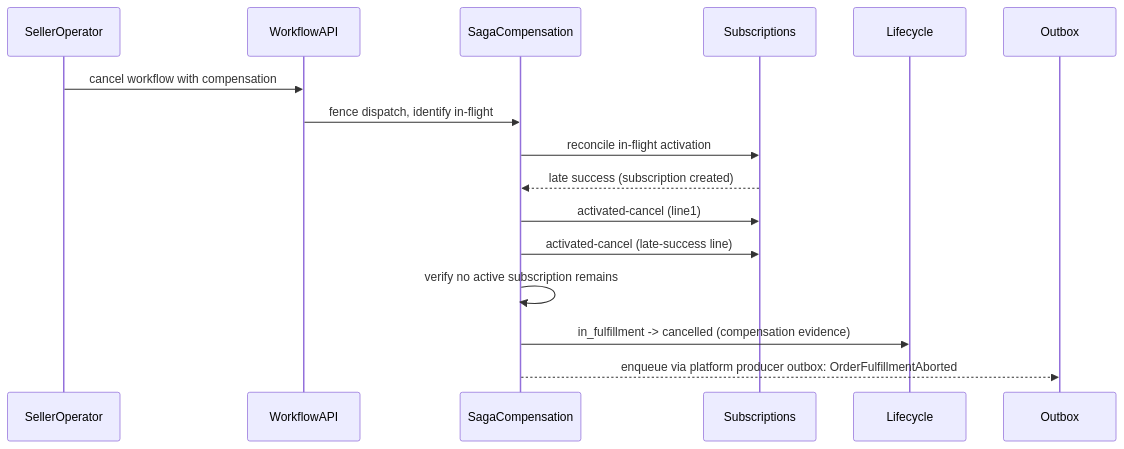
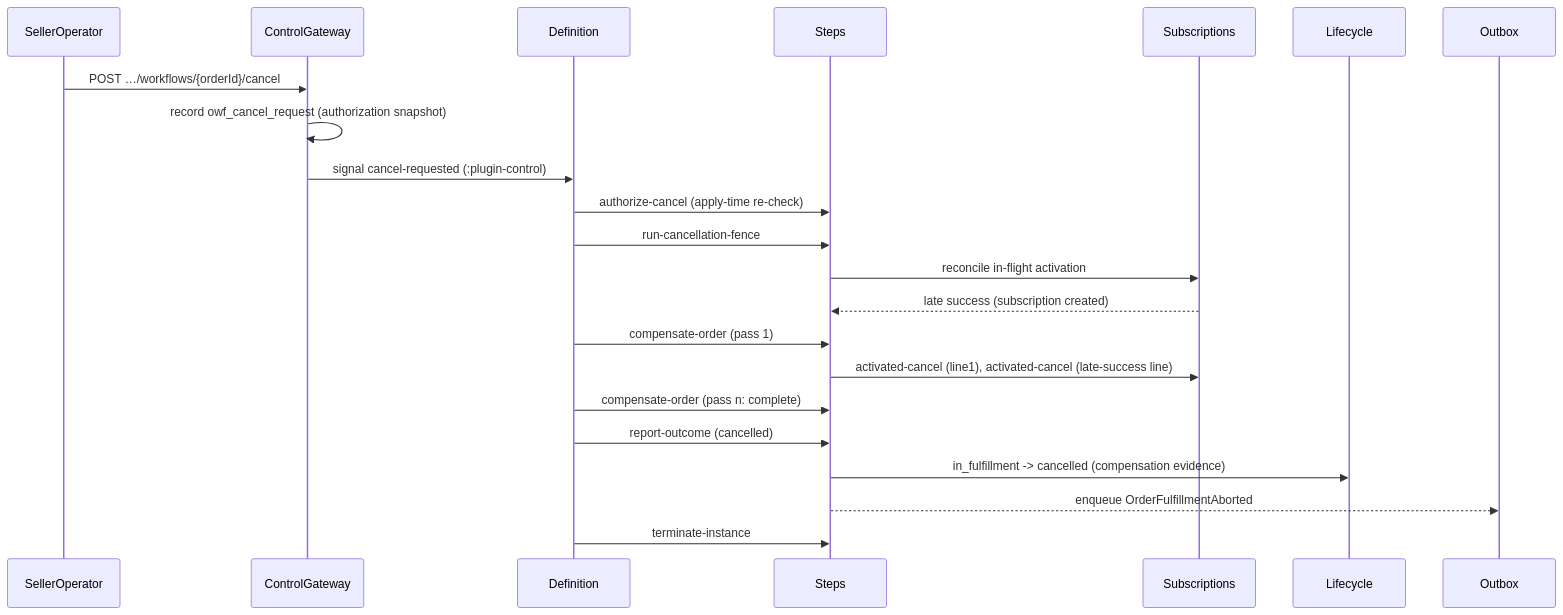
Before and after one commit to constructorfabric/gears-rust: the sixth of 7 diagrams in gears/bss/orders-workflow/docs/DESIGN.md, drawn with Mermaid. The commit also changed other lines of this file and 3 other files, not shown here.

Commit message:
docs(bss/orders-workflow): index, registers and README follow the platform-definition decision (Q-01 answered, D-65…, serverless-runtime asks)

````diff
--- a/gears/bss/orders-workflow/docs/DESIGN.md
+++ b/gears/bss/orders-workflow/docs/DESIGN.md
@@ -730,12 +903,17 @@
 ```mermaid
 sequenceDiagram
-    SellerOperator ->> WorkflowAPI: cancel workflow with compensation
-    WorkflowAPI ->> SagaCompensation: fence dispatch, identify in-flight
-    SagaCompensation ->> Subscriptions: reconcile in-flight activation
-    Subscriptions -->> SagaCompensation: late success (subscription created)
-    SagaCompensation ->> Subscriptions: activated-cancel (line1)
-    SagaCompensation ->> Subscriptions: activated-cancel (late-success line)
-    SagaCompensation ->> SagaCompensation: verify no active subscription remains
-    SagaCompensation ->> Lifecycle: in_fulfillment -> cancelled (compensation evidence)
-    SagaCompensation -->> Outbox: enqueue via platform producer outbox: OrderFulfillmentAborted
+    SellerOperator ->> ControlGateway: POST …/workflows/{orderId}/cancel
+    ControlGateway ->> ControlGateway: record owf_cancel_request (authorization snapshot)
+    ControlGateway ->> Definition: signal cancel-requested (:plugin-control)
+    Definition ->> Steps: authorize-cancel (apply-time re-check)
+    Definition ->> Steps: run-cancellation-fence
+    Steps ->> Subscriptions: reconcile in-flight activation
+    Subscriptions -->> Steps: late success (subscription created)
+    Definition ->> Steps: compensate-order (pass 1)
+    Steps ->> Subscriptions: activated-cancel (line1), activated-cancel (late-success line)
+    Definition ->> Steps: compensate-order (pass n: complete)
+    Definition ->> Steps: report-outcome (cancelled)
+    Steps ->> Lifecycle: in_fulfillment -> cancelled (compensation evidence)
+    Steps -->> Outbox: enqueue OrderFulfillmentAborted
+    Definition ->> Steps: terminate-instance
 ```
````
